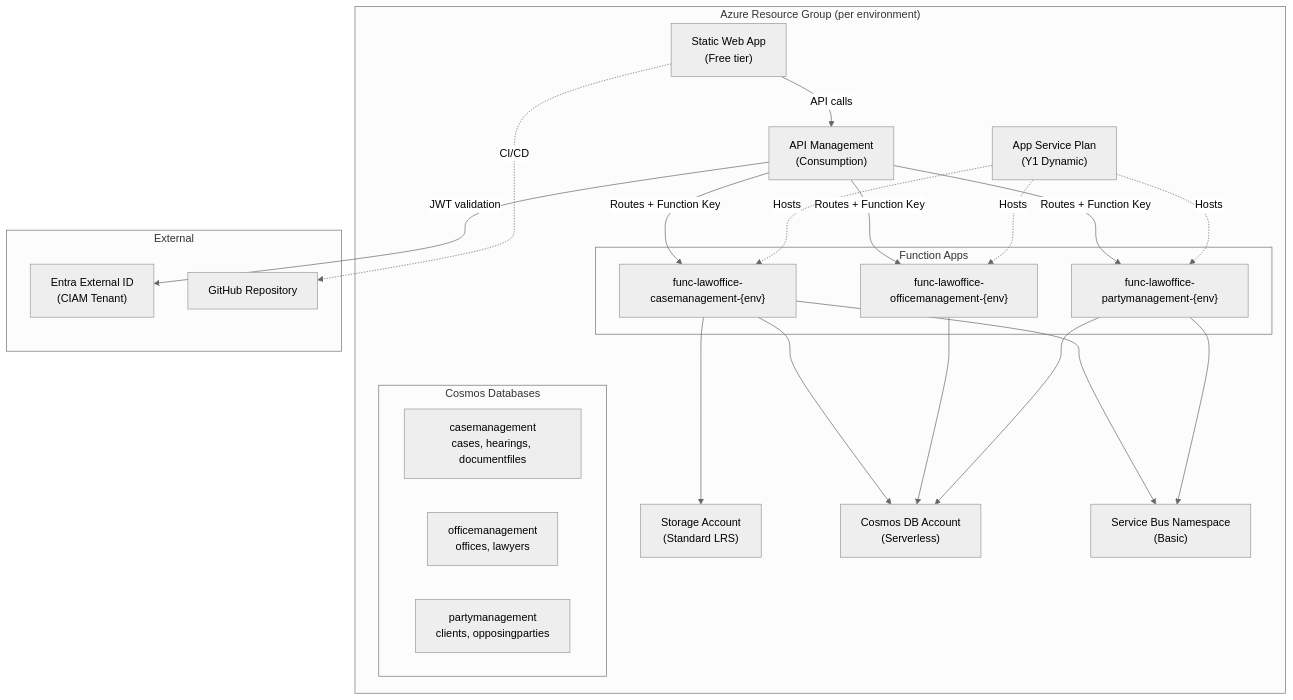
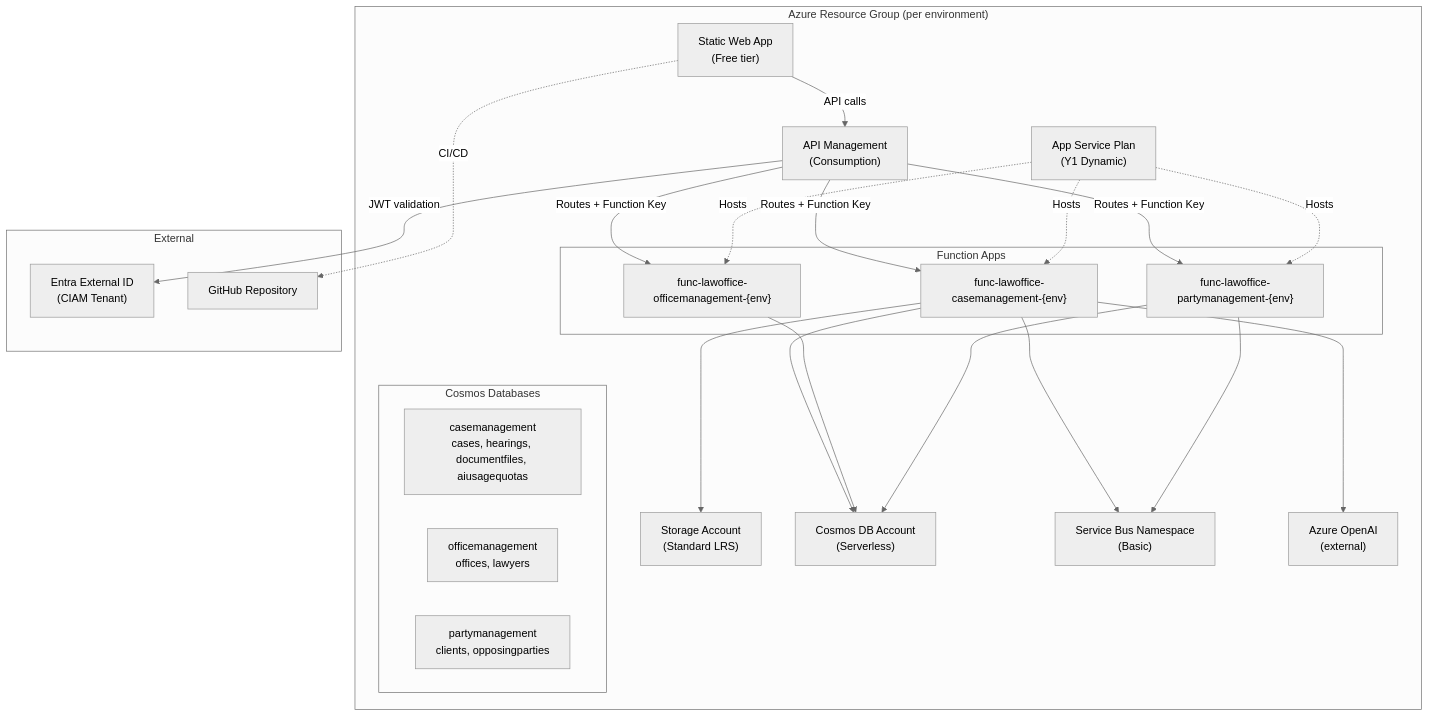
One commit to dejanefremovout/LawOffice changed the first of 4 diagrams in docs/architecture/INFRASTRUCTURE_AND_DEPLOYMENT.md. Above: the diagram before and after it, drawn with Mermaid (neutral theme). The commit also changed other lines of this file and 47 other files, not shown here.

````diff
--- a/docs/architecture/INFRASTRUCTURE_AND_DEPLOYMENT.md
+++ b/docs/architecture/INFRASTRUCTURE_AND_DEPLOYMENT.md
@@ -19,48 +19,50 @@
 ```mermaid
 graph TB
     subgraph "Azure Resource Group (per environment)"
         SWA["Static Web App<br/>(Free tier)"]
         APIM["API Management<br/>(Consumption)"]
         ASP["App Service Plan<br/>(Y1 Dynamic)"]
 
         subgraph "Function Apps"
             FA_CASE["func-lawoffice-casemanagement-{env}"]
             FA_OFFICE["func-lawoffice-officemanagement-{env}"]
             FA_PARTY["func-lawoffice-partymanagement-{env}"]
         end
 
         STORAGE["Storage Account<br/>(Standard LRS)"]
         COSMOS["Cosmos DB Account<br/>(Serverless)"]
         SB["Service Bus Namespace<br/>(Basic)"]
+        AOAI["Azure OpenAI<br/>(external)"]
 
         subgraph "Cosmos Databases"
-            DB_CASE["casemanagement<br/>cases, hearings, documentfiles"]
+            DB_CASE["casemanagement<br/>cases, hearings, documentfiles, aiusagequotas"]
             DB_OFFICE["officemanagement<br/>offices, lawyers"]
             DB_PARTY["partymanagement<br/>clients, opposingparties"]
         end
     end
 
     subgraph "External"
         ENTRA["Entra External ID<br/>(CIAM Tenant)"]
         GITHUB["GitHub Repository"]
     end
 
     SWA -->|"API calls"| APIM
     APIM -->|"Routes + Function Key"| FA_CASE
     APIM -->|"Routes + Function Key"| FA_OFFICE
     APIM -->|"Routes + Function Key"| FA_PARTY
 
     FA_CASE --> COSMOS
     FA_OFFICE --> COSMOS
     FA_PARTY --> COSMOS
     FA_CASE --> SB
     FA_PARTY --> SB
     FA_CASE --> STORAGE
+    FA_CASE --> AOAI
 
     ASP -.->|"Hosts"| FA_CASE
     ASP -.->|"Hosts"| FA_OFFICE
     ASP -.->|"Hosts"| FA_PARTY
 
     APIM -->|"JWT validation"| ENTRA
     SWA -.->|"CI/CD"| GITHUB
 ```
````
